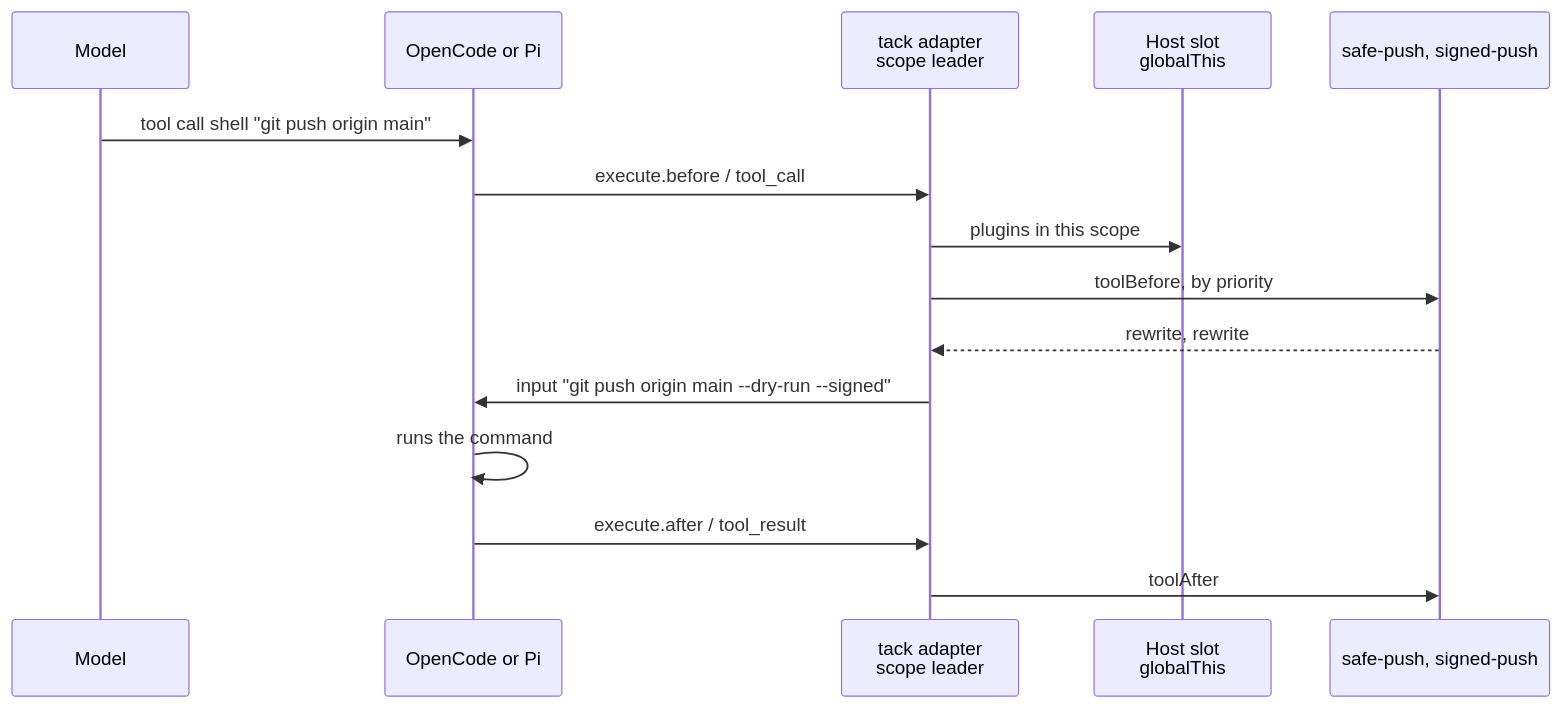
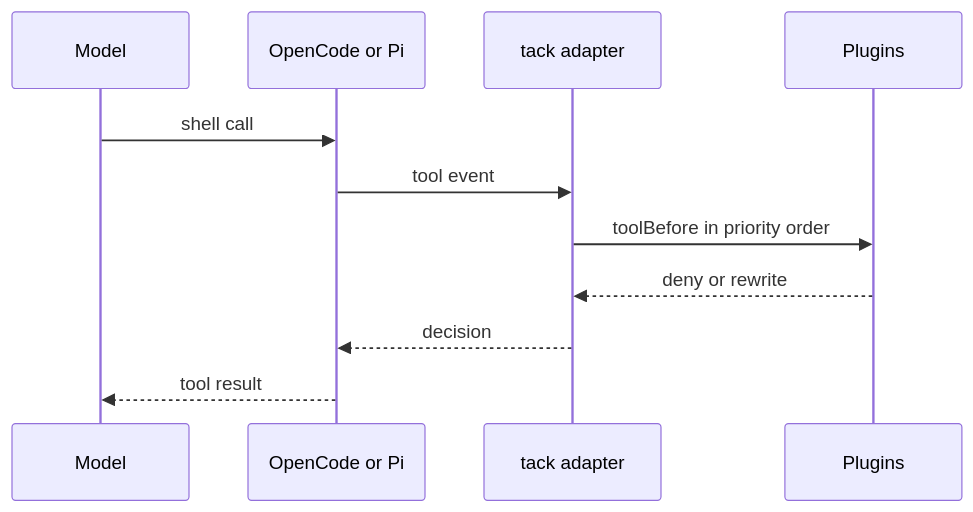
The diagram in docs/plans/slices/t1.md (wrkhse/tack), drawn with Mermaid before and after one commit. The commit also changed other lines of this file and 5 other files, not shown here.

````diff
--- a/docs/plans/slices/t1.md
+++ b/docs/plans/slices/t1.md
@@ -53,17 +29,13 @@
 ```mermaid
 sequenceDiagram
     participant M as Model
-    participant H as OpenCode or Pi
-    participant L as tack adapter<br/>scope leader
-    participant S as Host slot<br/>globalThis
-    participant P as safe-push, signed-push
-    M->>H: tool call shell "git push origin main"
-    H->>L: execute.before / tool_call
-    L->>S: plugins in this scope
-    L->>P: toolBefore, by priority
-    P-->>L: rewrite, rewrite
-    L->>H: input "git push origin main --dry-run --signed"
-    H->>H: runs the command
-    H->>L: execute.after / tool_result
-    L->>P: toolAfter
+    participant A as OpenCode or Pi
+    participant T as tack adapter
+    participant P as Plugins
+    M->>A: shell call
+    A->>T: tool event
+    T->>P: toolBefore in priority order
+    P-->>T: deny or rewrite
+    T-->>A: decision
+    A-->>M: tool result
 ```
````
